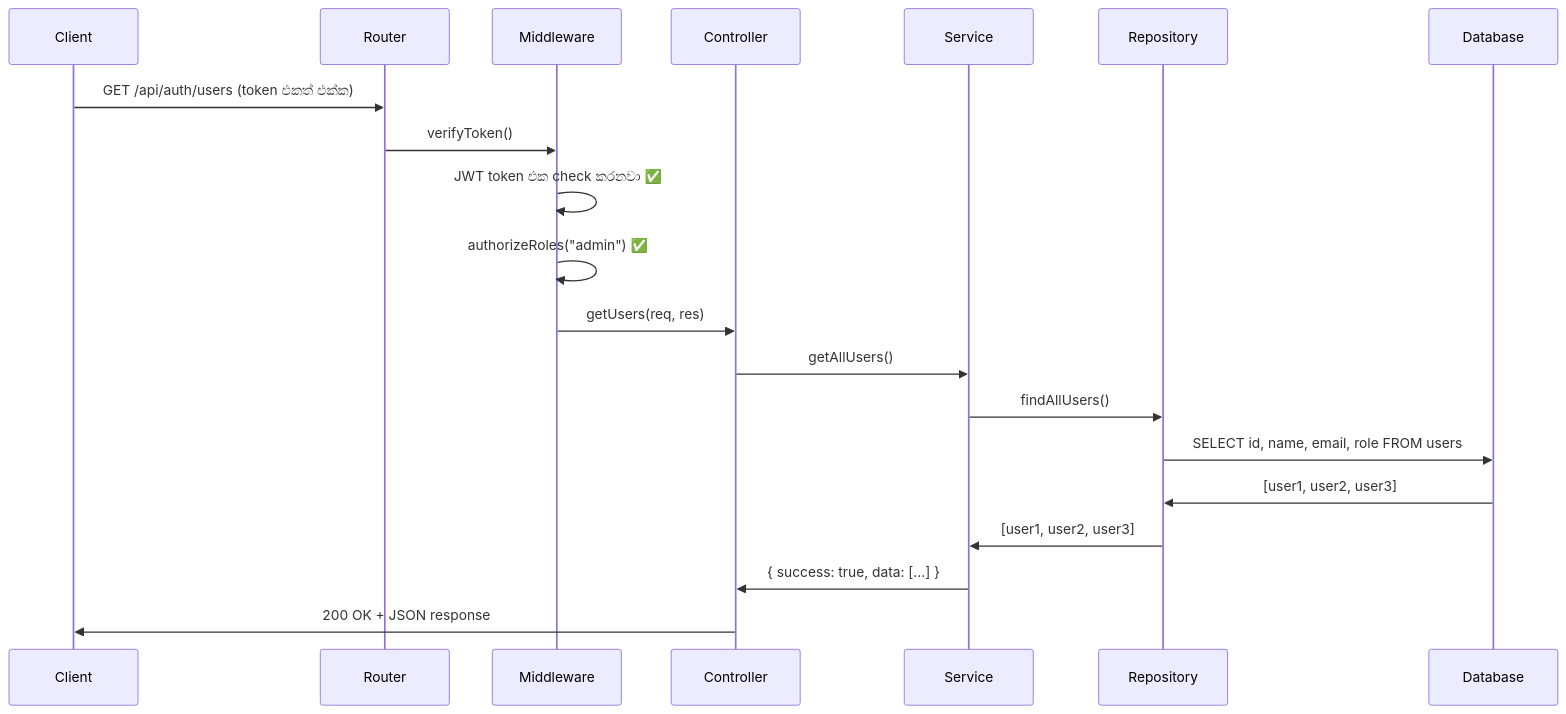
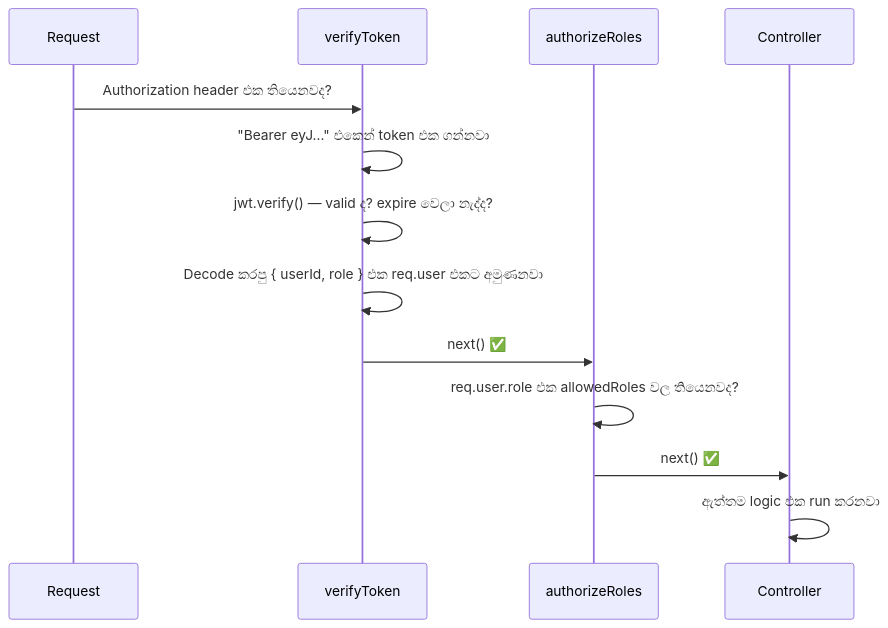
Before and after one commit to Nimsika-Bosilu/designHer_2.0-Student-Attendance-Management-System: diagram 28 of 33 in backend/sinhala-translation-document/README.md, drawn with Mermaid. The commit also changed other lines of this file and 28 other files, not shown here.

````diff
--- a/backend/sinhala-translation-document/README.md
+++ b/backend/sinhala-translation-document/README.md
@@ -1510,23 +1470,16 @@
 ```mermaid
 sequenceDiagram
-    participant C as Client
-    participant R as Router
-    participant M as Middleware
-    participant CT as Controller
-    participant S as Service
-    participant RP as Repository
-    participant DB as Database
+    participant R as Request
+    participant VT as verifyToken
+    participant AR as authorizeRoles
+    participant C as Controller
 
-    C->>R: GET /api/auth/users (token එකත් එක්ක)
-    R->>M: verifyToken()
-    M->>M: JWT token එක check කරනවා ✅
-    M->>M: authorizeRoles("admin") ✅
-    M->>CT: getUsers(req, res)
-    CT->>S: getAllUsers()
-    S->>RP: findAllUsers()
-    RP->>DB: SELECT id, name, email, role FROM users
-    DB->>RP: [user1, user2, user3]
-    RP->>S: [user1, user2, user3]
-    S->>CT: { success: true, data: [...] }
-    CT->>C: 200 OK + JSON response
+    R->>VT: Authorization header එක තියෙනවද?
+    VT->>VT: "Bearer eyJ..." එකෙන් token එක ගන්නවා
+    VT->>VT: jwt.verify() — valid ද? expire වෙලා නැද්ද?
+    VT->>VT: Decode කරපු { userId, role } එක req.user එකට අමුණනවා
+    VT->>AR: next() ✅
+    AR->>AR: req.user.role එක allowedRoles වල තියෙනවද?
+    AR->>C: next() ✅
+    C->>C: ඇත්තම logic එක run කරනවා
 ```
````
